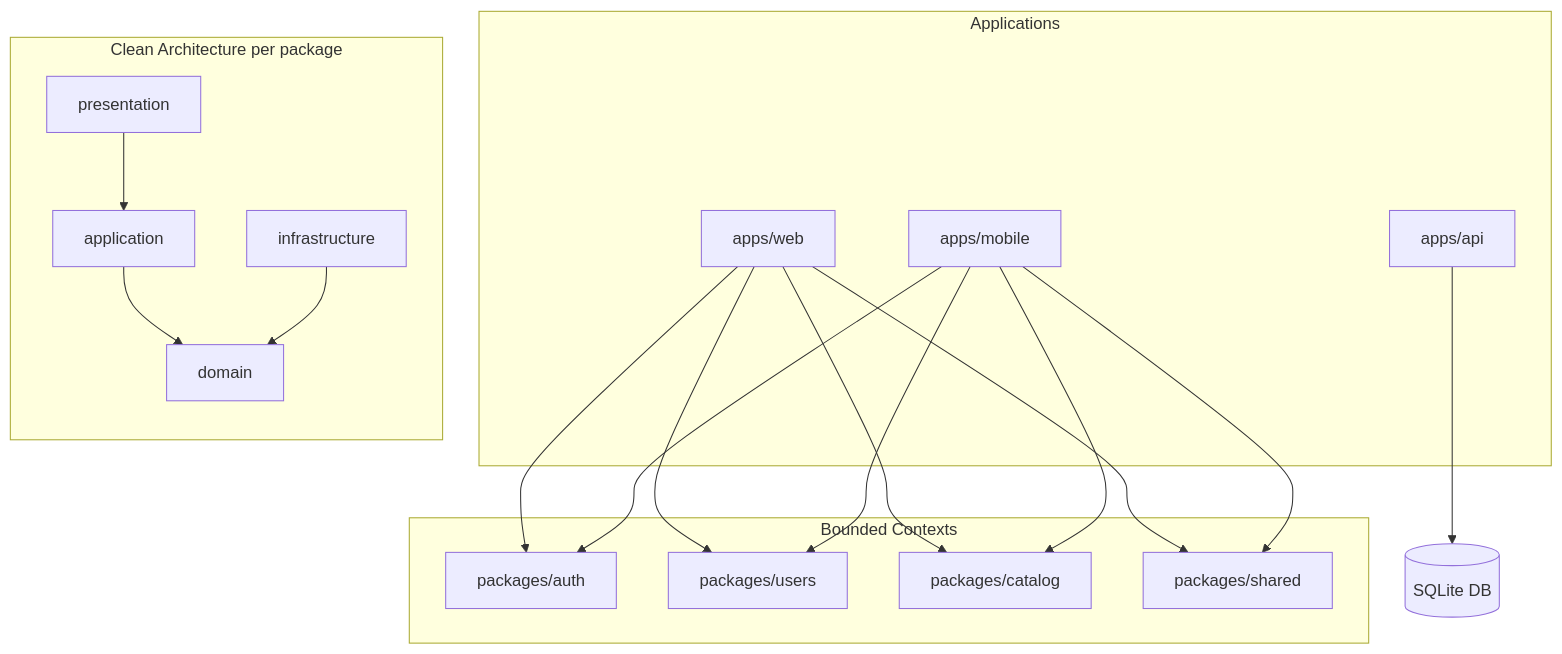
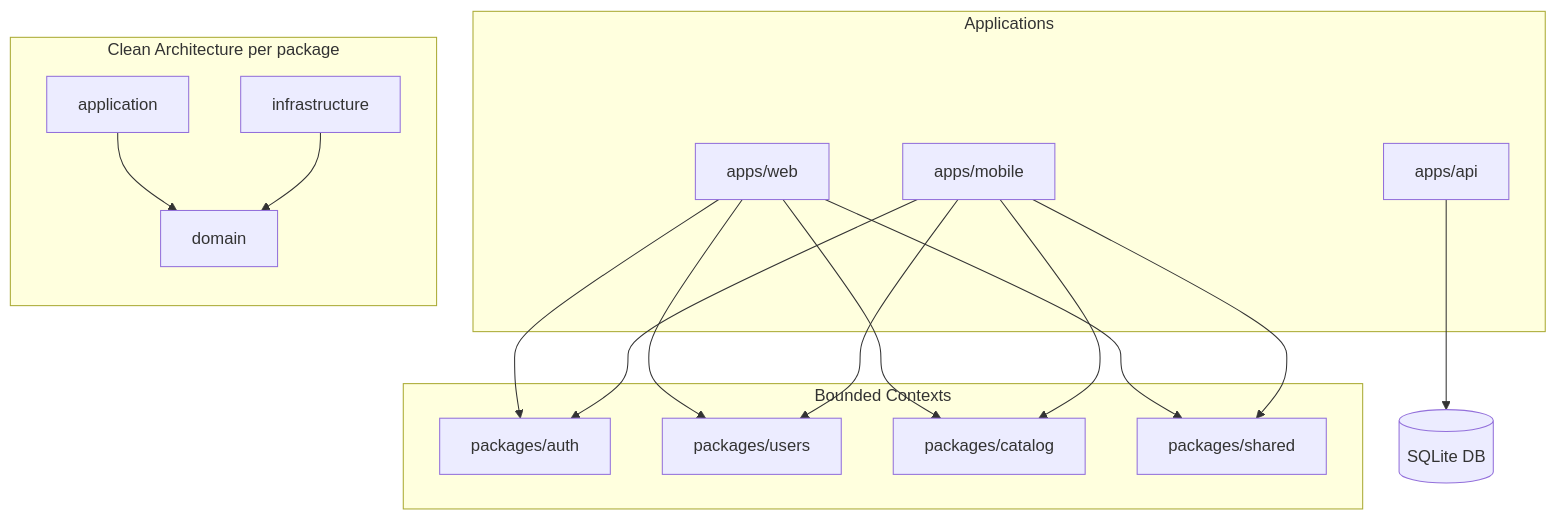
Before and after one commit to Maximuson/ddd-store-example: the first of 4 diagrams in documentation/docs/architecture.md, drawn with Mermaid. The commit also changed other lines of this file and 29 other files, not shown here.

````diff
--- a/documentation/docs/architecture.md
+++ b/documentation/docs/architecture.md
@@ -48,29 +48,28 @@
 ```mermaid
 flowchart TB
   subgraph apps [Applications]
     Web[apps/web]
     Mobile[apps/mobile]
     API[apps/api]
   end
 
   subgraph packages [Bounded Contexts]
     Auth[packages/auth]
     Users[packages/users]
     Catalog[packages/catalog]
     Shared[packages/shared]
   end
 
   Web --> Auth & Users & Catalog & Shared
   Mobile --> Auth & Users & Catalog & Shared
   API --> Prisma[(SQLite DB)]
 
   subgraph layers [Clean Architecture per package]
     direction TB
-    P[presentation]
     A[application]
     D[domain]
     I[infrastructure]
-    P --> A --> D
+    A --> D
     I --> D
   end
 ```
````
